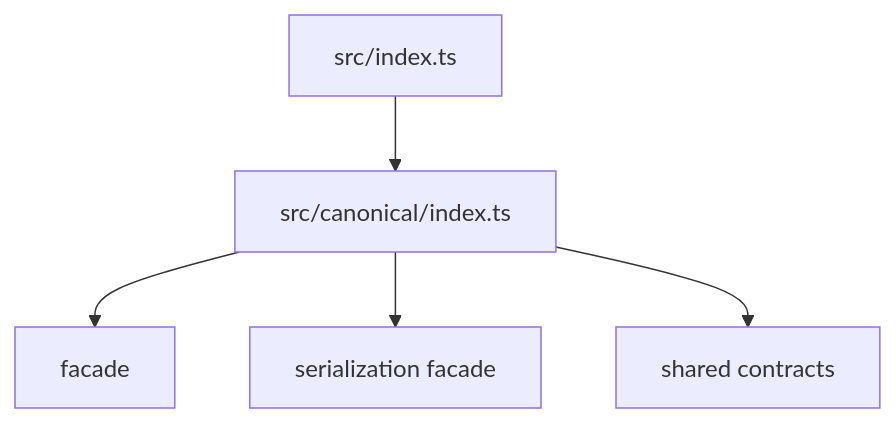
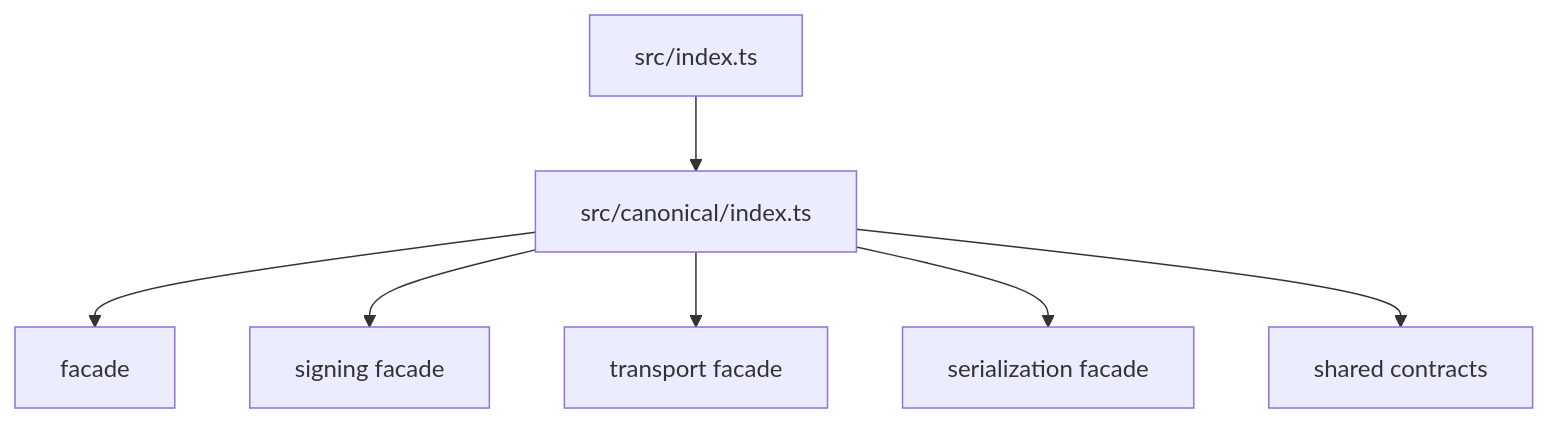
The diagram in src/canonical/index.doc.md (linkiez/nfe_sdk), drawn with Mermaid before and after one commit. The commit also changed other lines of this file and 143 other files, not shown here.

````diff
--- a/src/canonical/index.doc.md
+++ b/src/canonical/index.doc.md
@@ -19,7 +21,9 @@
 ```mermaid
 flowchart TD
   A[src/index.ts] --> B[src/canonical/index.ts]
   B --> C[facade]
-  B --> D[serialization facade]
-  B --> E[shared contracts]
+  B --> D[signing facade]
+  B --> E[transport facade]
+  B --> F[serialization facade]
+  B --> G[shared contracts]
 ```
````
